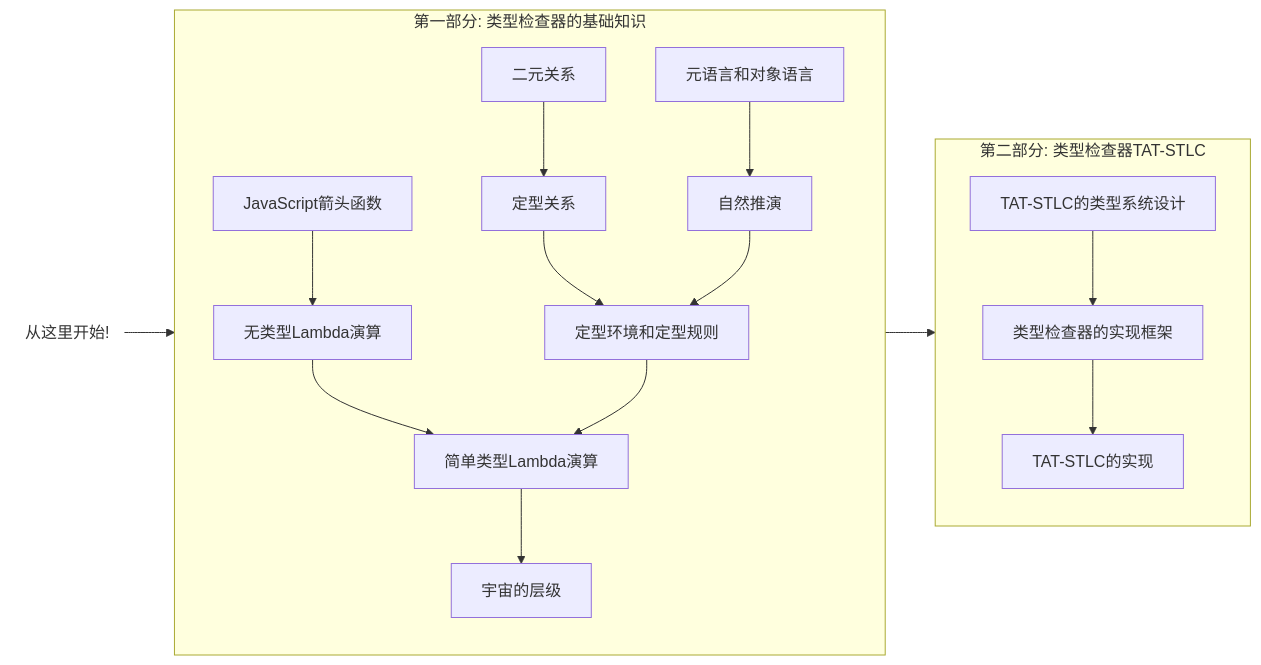
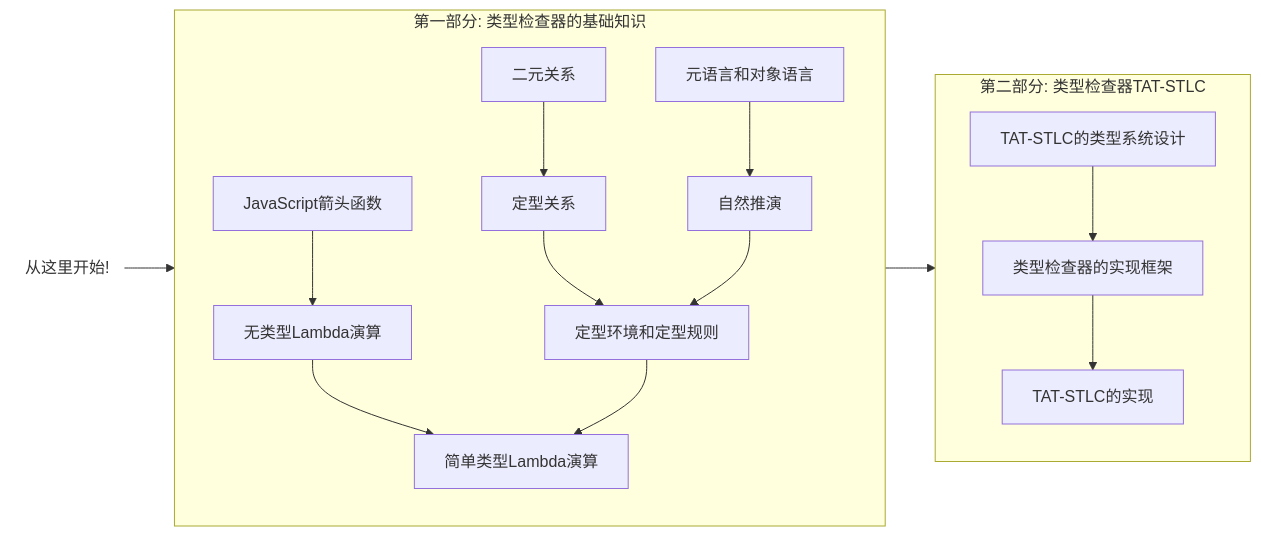
One commit to suica/write-you-a-typescript changed the diagram in docs/docs/tutorial-chapter-2/roadmap.md. Above: the diagram before and after it, drawn with Mermaid. The commit also changed 2 other files, not shown here.

Commit message:
chore: move universes chapter
Fixes #23

````diff
--- a/docs/docs/tutorial-chapter-2/roadmap.md
+++ b/docs/docs/tutorial-chapter-2/roadmap.md
@@ -7,23 +7,23 @@
 ```mermaid {scale: 0.9}
 flowchart LR
   subgraph Part1[第一部分: 类型检查器的基础知识]
     direction TB
     ArrowFunction[JavaScript箭头函数] --> UTLC[无类型Lambda演算]
-    UTLC --> STLC --> 宇宙的层级
+    UTLC --> STLC
     BinaryRelation[二元关系] --> TypingRelation[定型关系]
     TypingRelation --> TypingContext[定型环境和定型规则]
     TypingContext --> STLC[简单类型Lambda演算]
     MetaLanguage[元语言和对象语言] --> NaturalDeduction[自然推演]
     NaturalDeduction --> TypingContext
   end
 
   subgraph Part2[第二部分: 类型检查器TAT-STLC]
     direction TB
     TATRules[TAT-STLC的类型系统设计] --> TATFrameWork[类型检查器的实现框架]
     TATFrameWork --> TATTypeScriptImpl[TAT-STLC的实现]
   end
 
   Start(从这里开始!) --> Part1 --> Part2
   style Start fill:none,stroke:none
 
 ```
````
